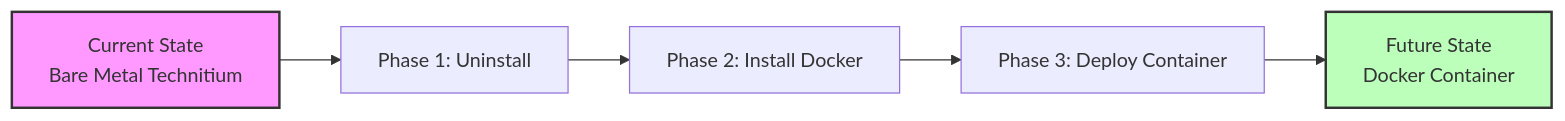
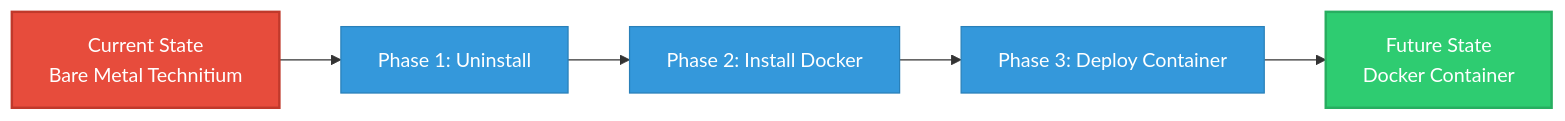
The diagram in README.md (Rziehlke/technitium-docker-migration), drawn with Mermaid before and after one commit. The commit also changed other lines of this file, not shown here.

````diff
--- a/README.md
+++ b/README.md
@@ -18,10 +9,13 @@
 ```mermaid
 flowchart LR
     A[Current State<br>Bare Metal Technitium] --> B[Phase 1: Uninstall]
     B --> C[Phase 2: Install Docker]
     C --> D[Phase 3: Deploy Container]
     D --> E[Future State<br>Docker Container]
     
-    style A fill:#f9f,stroke:#333,stroke-width:2px
-    style E fill:#bfb,stroke:#333,stroke-width:2px
+    style A fill:#e74c3c,stroke:#c0392b,stroke-width:2px,color:#ffffff
+    style B fill:#3498db,stroke:#2980b9,color:#ffffff
+    style C fill:#3498db,stroke:#2980b9,color:#ffffff
+    style D fill:#3498db,stroke:#2980b9,color:#ffffff
+    style E fill:#2ecc71,stroke:#27ae60,stroke-width:2px,color:#ffffff
 ```
````
